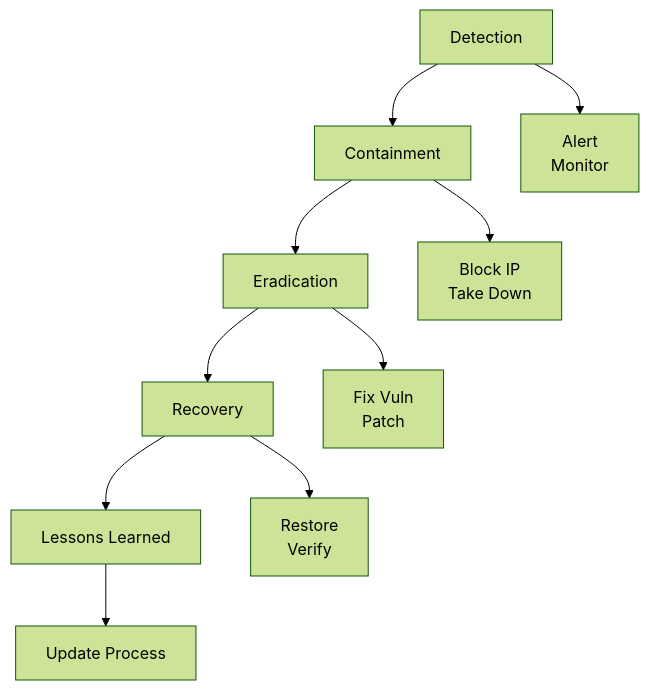
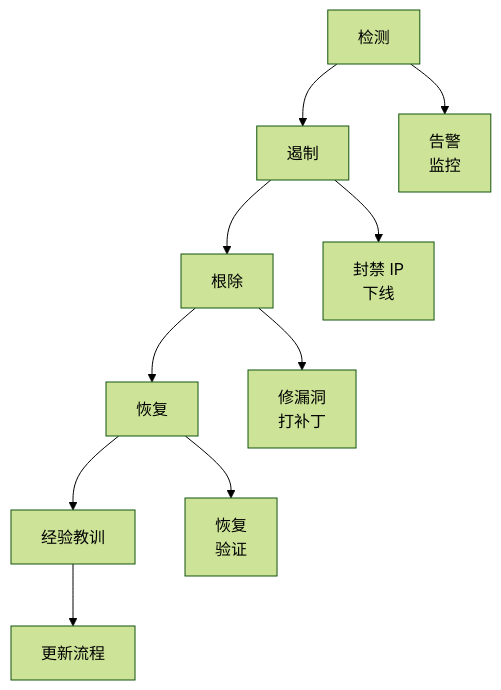
One commit to Kirky-X/diting changed the diagram in references/security/security-expert-guide.md. Above: the diagram before and after it, drawn with Mermaid (forest theme). The commit also changed other lines of this file and 74 other files, not shown here.

````diff
--- a/references/security/security-expert-guide.md
+++ b/references/security/security-expert-guide.md
@@ -221,12 +221,12 @@
 ```mermaid
 flowchart TD
-    Det["Detection"] --> Con["Containment"]
-    Con --> Era["Eradication"]
-    Era --> Rec["Recovery"]
-    Rec --> LL["Lessons Learned"]
-    Det --> Det1["Alert<br/>Monitor"]
-    Con --> Con1["Block IP<br/>Take Down"]
-    Era --> Era1["Fix Vuln<br/>Patch"]
-    Rec --> Rec1["Restore<br/>Verify"]
-    LL --> LL1["Update Process"]
+    Det["检测"] --> Con["遏制"]
+    Con --> Era["根除"]
+    Era --> Rec["恢复"]
+    Rec --> LL["经验教训"]
+    Det --> Det1["告警<br/>监控"]
+    Con --> Con1["封禁 IP<br/>下线"]
+    Era --> Era1["修漏洞<br/>打补丁"]
+    Rec --> Rec1["恢复<br/>验证"]
+    LL --> LL1["更新流程"]
 ```
````
